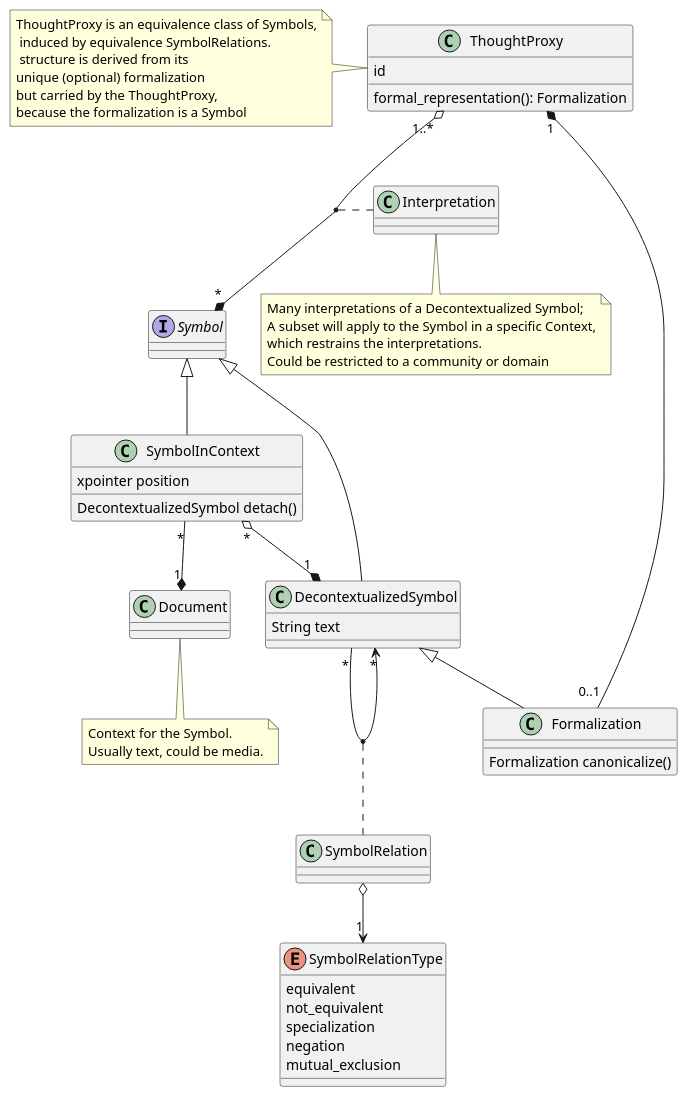
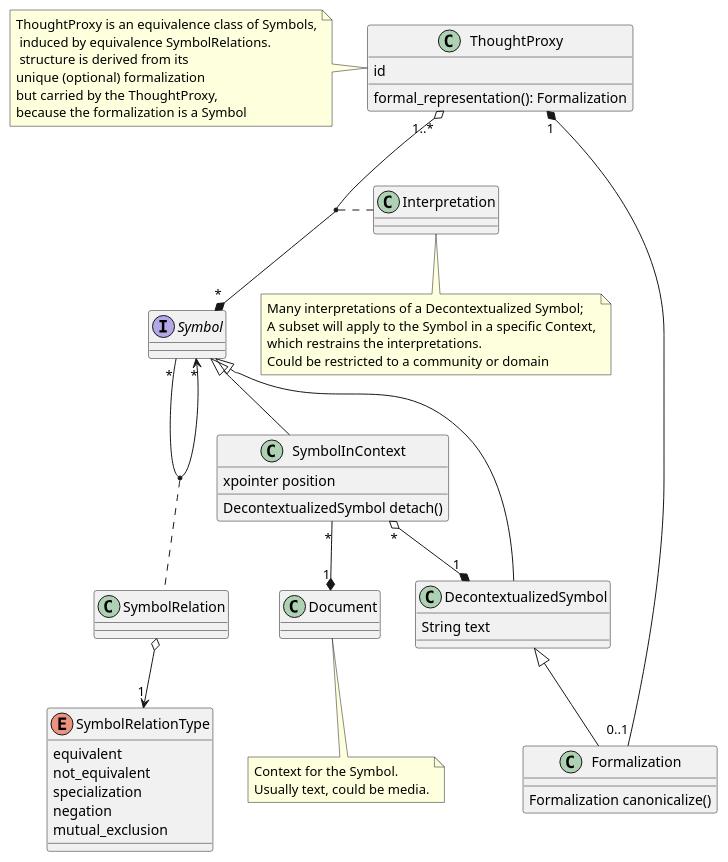
The diagram in diagram/map_symbols.puml (canonical-debate-lab/cd-domain-model), drawn with PlantUML before and after one commit. The commit also changed 2 other files, not shown here.

```diff
--- a/diagram/map_symbols.puml
+++ b/diagram/map_symbols.puml
@@ -1,68 +1,68 @@
 @startuml
 
 interface Topic {
   id
 }
 
 hide Topic
 
 class ThoughtProxy {
   id
   formal_representation(): Formalization
 }
 
 Topic <|-- ThoughtProxy
 
 note left: ThoughtProxy is an equivalence class of Symbols,\n induced by equivalence SymbolRelations.\n structure is derived from its \nunique (optional) formalization\nbut carried by the ThoughtProxy,\nbecause the formalization is a Symbol
 
 ThoughtProxy "1..*" o--* "*" Symbol
 (ThoughtProxy , Symbol) . Interpretation
 class Interpretation {}
 note bottom: Many interpretations of a Decontextualized Symbol;\nA subset will apply to the Symbol in a specific Context,\nwhich restrains the interpretations.\nCould be restricted to a community or domain
 
 class DecontextualizedSymbol {
   String text
 }
 
 DecontextualizedSymbol <|-- Formalization
 
 class Formalization {
   Formalization canonicalize()
 }
 
 ThoughtProxy "1" *-- "0..1" Formalization
 
 
-DecontextualizedSymbol "*" --> "*" DecontextualizedSymbol
-(DecontextualizedSymbol , DecontextualizedSymbol) . SymbolRelation
+Symbol "*" --> "*" Symbol
+(Symbol , Symbol) . SymbolRelation
 ' DecontextualizedSymbol <|-- DeclarativeSentence
 
 SymbolRelation o--> "1" SymbolRelationType
 
 enum SymbolRelationType {
   equivalent
   not_equivalent
   specialization
   negation
   mutual_exclusion
 }
 
 SymbolInContext "*" o--* "1" DecontextualizedSymbol
 SymbolInContext "*" --* "1" Document
 
 interface Symbol
 Symbol <|-- DecontextualizedSymbol
 Symbol <|-- SymbolInContext
 
 class SymbolInContext {
   xpointer position
   DecontextualizedSymbol detach()
 }
 
 class Document {
 }
 note bottom: Context for the Symbol.\nUsually text, could be media.
 ' Digital objects, Agents and literals are also Topics
 
 
 @enduml
```
